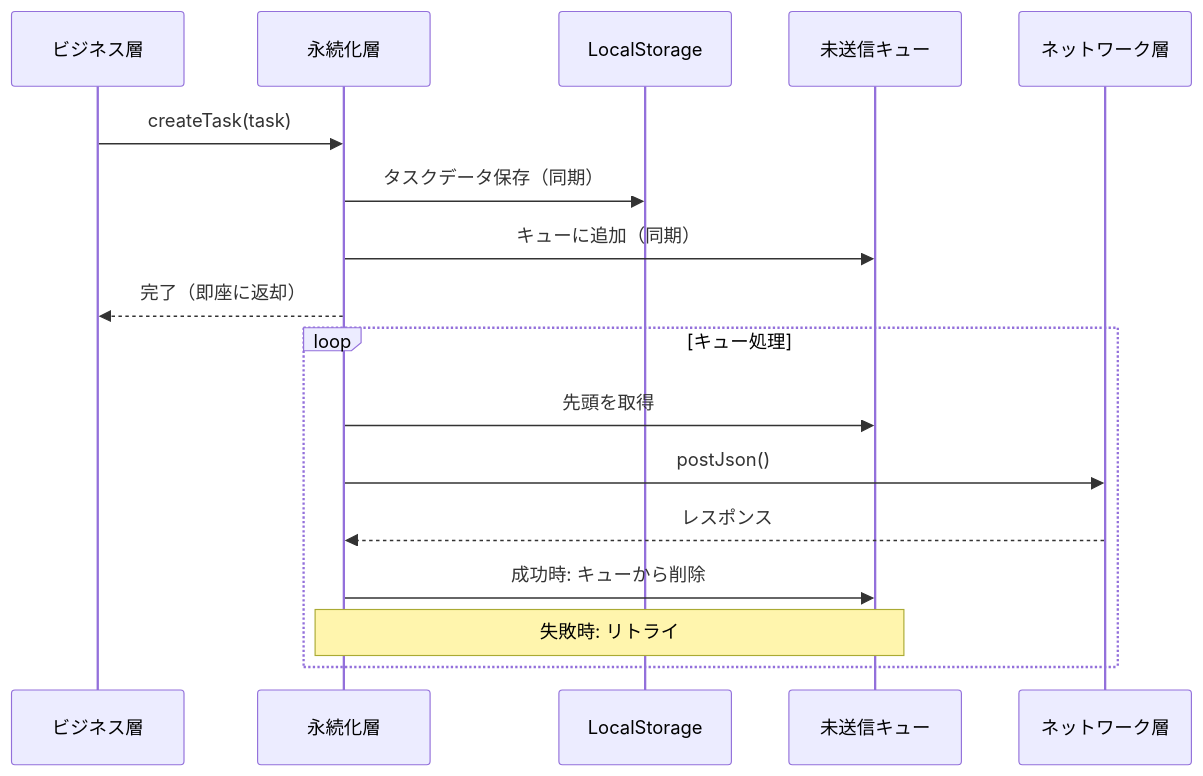
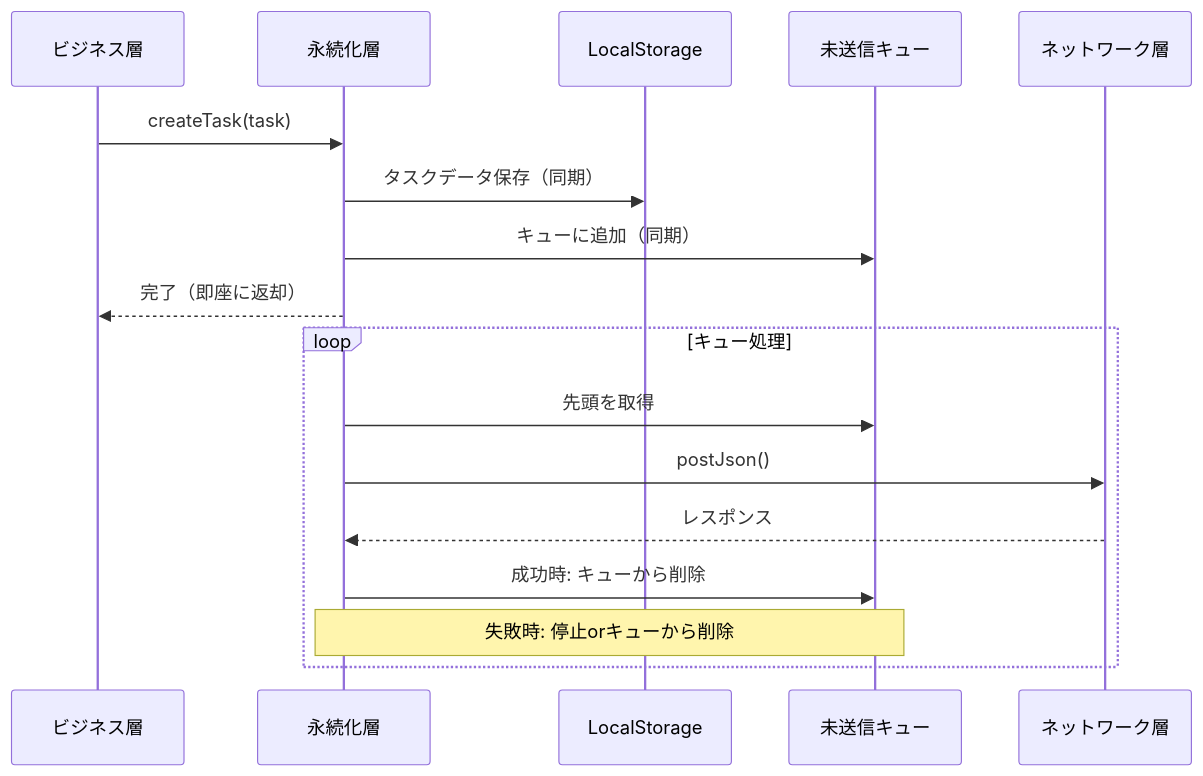
Before and after one commit to osawa-naotaka/vanishtodo: the second of 3 diagrams in doc/04_ARCHETECTURE.md, drawn with Mermaid. The commit also changed other lines of this file, not shown here.

````diff
--- a/doc/04_ARCHETECTURE.md
+++ b/doc/04_ARCHETECTURE.md
@@ -187,21 +189,21 @@
 ```mermaid
 sequenceDiagram
     participant BL as ビジネス層
     participant PM as 永続化層
     participant LS as LocalStorage
     participant Q as 未送信キュー
     participant NET as ネットワーク層
 
     BL->>PM: createTask(task)
     PM->>LS: タスクデータ保存（同期）
     PM->>Q: キューに追加（同期）
     PM-->>BL: 完了（即座に返却）
     
     loop キュー処理
         PM->>Q: 先頭を取得
         PM->>NET: postJson()
         NET-->>PM: レスポンス
         PM->>Q: 成功時: キューから削除
-        Note over PM,Q: 失敗時: リトライ
+        Note over PM,Q: 失敗時: 停止orキューから削除
     end
 ```
````
